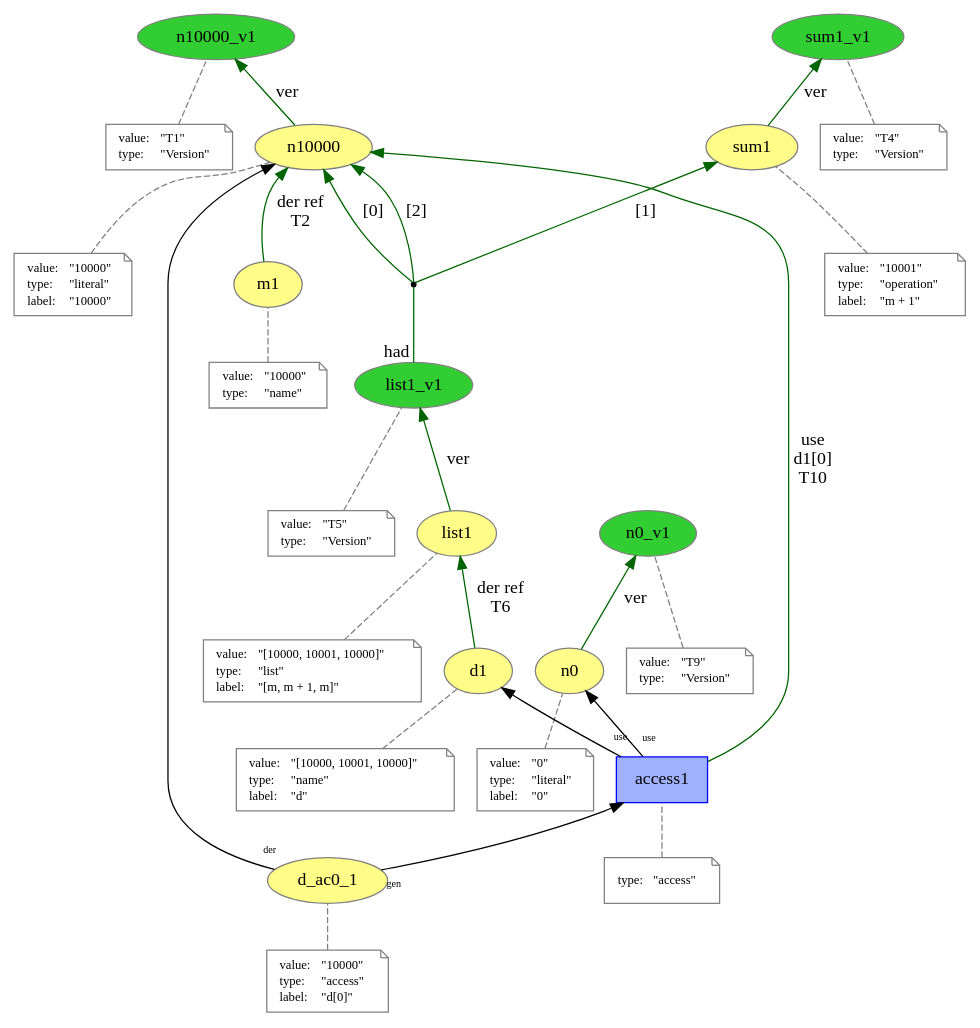
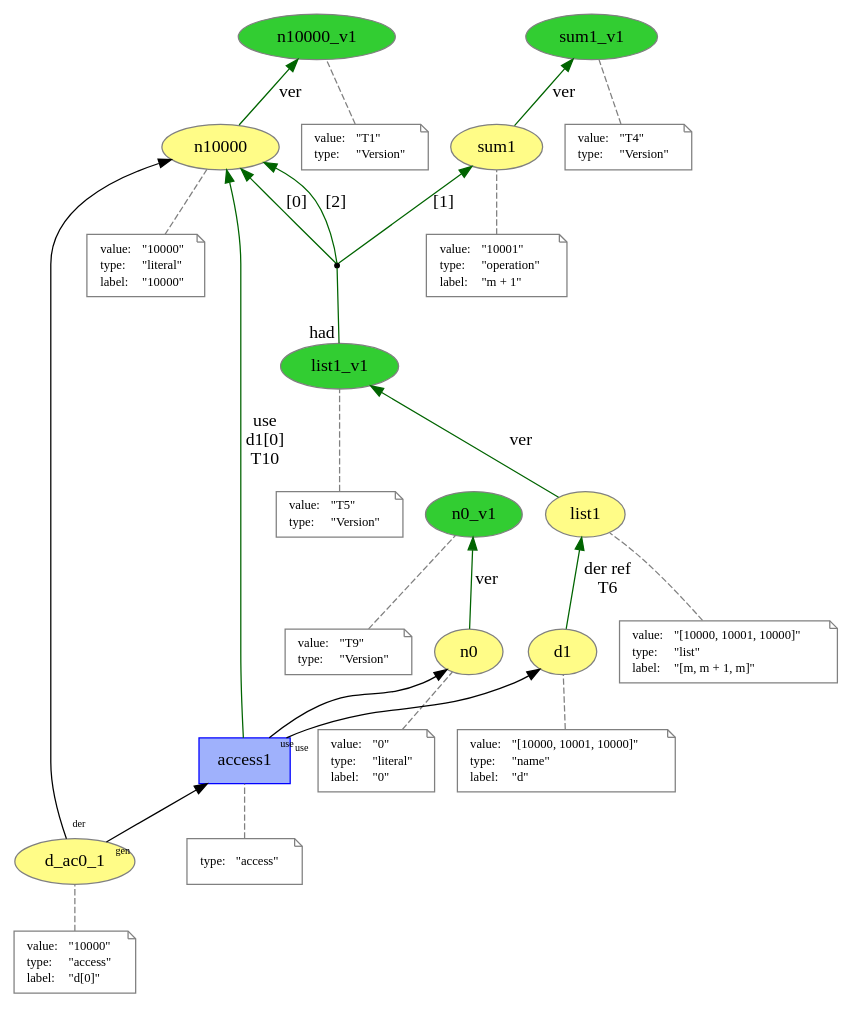
The diagram in explicit_versioned/access.dot (dew-uff/versioned-prov), drawn with Graphviz before and after one commit. The commit also changed 69 other files, not shown here.

```diff
--- a/explicit_versioned/access.dot
+++ b/explicit_versioned/access.dot
@@ -1,186 +1,172 @@
 digraph "PROV" { size="16,12"; rankdir="BT";
 "http://example.org/n10000" [fillcolor="#FFFC87",color="#808080",style="filled",label="n10000",URL="http://example.org/n10000"]
 "-attrs0" [color="gray",shape="note",fontsize="10",fontcolor="black",label=<<TABLE cellpadding="0" border="0">
 	<TR>
 	    <TD align="left">value:</TD>
 	    <TD align="left">&quot;10000&quot;</TD>
 	</TR>
 	<TR>
 	    <TD align="left">type:</TD>
 	    <TD align="left">&quot;literal&quot;</TD>
 	</TR>
 	<TR>
 	    <TD align="left">label:</TD>
 	    <TD align="left">&quot;10000&quot;</TD>
 	</TR>
 </TABLE>>]
 "-attrs0" -> "http://example.org/n10000" [color="gray",style="dashed",arrowhead="none"]
 "http://example.org/n10000_v1" [fillcolor="#32CD32",color="#808080",style="filled",label="n10000_v1",URL="http://example.org/n10000_v1"]
 "-attrs1" [color="gray",shape="note",fontsize="10",fontcolor="black",label=<<TABLE cellpadding="0" border="0">
 	<TR>
 	    <TD align="left">value:</TD>
 	    <TD align="left">&quot;T1&quot;</TD>
 	</TR>
 	<TR>
 	    <TD align="left">type:</TD>
 	    <TD align="left">&quot;Version&quot;</TD>
 	</TR>
 </TABLE>>]
 "-attrs1" -> "http://example.org/n10000_v1" [color="gray",style="dashed",arrowhead="none"]
 "http://example.org/n10000" -> "http://example.org/n10000_v1" [labelfontsize="8",labeldistance="1.5",color="darkgreen",labelangle="60.0",rotation="20",label="ver"]
-"http://example.org/m1" [fillcolor="#FFFC87",color="#808080",style="filled",label="m1",URL="http://example.org/m1"]
+"http://example.org/sum1" [fillcolor="#FFFC87",color="#808080",style="filled",label="sum1",URL="http://example.org/sum1"]
 "-attrs2" [color="gray",shape="note",fontsize="10",fontcolor="black",label=<<TABLE cellpadding="0" border="0">
-	<TR>
-	    <TD align="left">value:</TD>
-	    <TD align="left">&quot;10000&quot;</TD>
-	</TR>
-	<TR>
-	    <TD align="left">type:</TD>
-	    <TD align="left">&quot;name&quot;</TD>
-	</TR>
-</TABLE>>]
-"-attrs2" -> "http://example.org/m1" [color="gray",style="dashed",arrowhead="none"]
-"http://example.org/m1" -> "http://example.org/n10000" [labelfontsize="8",labeldistance="1.5",color="darkgreen",labelangle="60.0",rotation="20",label="der ref
-T2"]
-"http://example.org/sum1" [fillcolor="#FFFC87",color="#808080",style="filled",label="sum1",URL="http://example.org/sum1"]
-"-attrs3" [color="gray",shape="note",fontsize="10",fontcolor="black",label=<<TABLE cellpadding="0" border="0">
 	<TR>
 	    <TD align="left">value:</TD>
 	    <TD align="left">&quot;10001&quot;</TD>
 	</TR>
 	<TR>
 	    <TD align="left">type:</TD>
 	    <TD align="left">&quot;operation&quot;</TD>
 	</TR>
 	<TR>
 	    <TD align="left">label:</TD>
 	    <TD align="left">&quot;m + 1&quot;</TD>
 	</TR>
 </TABLE>>]
-"-attrs3" -> "http://example.org/sum1" [color="gray",style="dashed",arrowhead="none"]
+"-attrs2" -> "http://example.org/sum1" [color="gray",style="dashed",arrowhead="none"]
 "http://example.org/sum1_v1" [fillcolor="#32CD32",color="#808080",style="filled",label="sum1_v1",URL="http://example.org/sum1_v1"]
-"-attrs4" [color="gray",shape="note",fontsize="10",fontcolor="black",label=<<TABLE cellpadding="0" border="0">
+"-attrs3" [color="gray",shape="note",fontsize="10",fontcolor="black",label=<<TABLE cellpadding="0" border="0">
 	<TR>
 	    <TD align="left">value:</TD>
 	    <TD align="left">&quot;T4&quot;</TD>
 	</TR>
 	<TR>
 	    <TD align="left">type:</TD>
 	    <TD align="left">&quot;Version&quot;</TD>
 	</TR>
 </TABLE>>]
-"-attrs4" -> "http://example.org/sum1_v1" [color="gray",style="dashed",arrowhead="none"]
+"-attrs3" -> "http://example.org/sum1_v1" [color="gray",style="dashed",arrowhead="none"]
 "http://example.org/sum1" -> "http://example.org/sum1_v1" [labelfontsize="8",labeldistance="1.5",color="darkgreen",labelangle="60.0",rotation="20",label="ver"]
 "http://example.org/list1" [fillcolor="#FFFC87",color="#808080",style="filled",label="list1",URL="http://example.org/list1"]
-"-attrs5" [color="gray",shape="note",fontsize="10",fontcolor="black",label=<<TABLE cellpadding="0" border="0">
+"-attrs4" [color="gray",shape="note",fontsize="10",fontcolor="black",label=<<TABLE cellpadding="0" border="0">
 	<TR>
 	    <TD align="left">value:</TD>
 	    <TD align="left">&quot;[10000, 10001, 10000]&quot;</TD>
 	</TR>
 	<TR>
 	    <TD align="left">type:</TD>
 	    <TD align="left">&quot;list&quot;</TD>
 	</TR>
 	<TR>
 	    <TD align="left">label:</TD>
 	    <TD align="left">&quot;[m, m + 1, m]&quot;</TD>
 	</TR>
 </TABLE>>]
-"-attrs5" -> "http://example.org/list1" [color="gray",style="dashed",arrowhead="none"]
+"-attrs4" -> "http://example.org/list1" [color="gray",style="dashed",arrowhead="none"]
 "http://example.org/list1_v1" [fillcolor="#32CD32",color="#808080",style="filled",label="list1_v1",URL="http://example.org/list1_v1"]
-"-attrs6" [color="gray",shape="note",fontsize="10",fontcolor="black",label=<<TABLE cellpadding="0" border="0">
+"-attrs5" [color="gray",shape="note",fontsize="10",fontcolor="black",label=<<TABLE cellpadding="0" border="0">
 	<TR>
 	    <TD align="left">value:</TD>
 	    <TD align="left">&quot;T5&quot;</TD>
 	</TR>
 	<TR>
 	    <TD align="left">type:</TD>
 	    <TD align="left">&quot;Version&quot;</TD>
 	</TR>
 </TABLE>>]
-"-attrs6" -> "http://example.org/list1_v1" [color="gray",style="dashed",arrowhead="none"]
+"-attrs5" -> "http://example.org/list1_v1" [color="gray",style="dashed",arrowhead="none"]
 "http://example.org/list1" -> "http://example.org/list1_v1" [labelfontsize="8",labeldistance="1.5",color="darkgreen",labelangle="60.0",rotation="20",label="ver"]
 "bn0" [shape="point",label=""]
 "http://example.org/list1_v1" -> "bn0" [arrowhead="none",taillabel="had",color="darkgreen"]
 "bn0" -> "http://example.org/n10000" [labelfontsize="8",labeldistance="1.5",color="darkgreen",labelangle="60.0",rotation="20",label="[0]"]
 "bn0" -> "http://example.org/sum1" [labelfontsize="8",labeldistance="1.5",color="darkgreen",labelangle="60.0",rotation="20",label="[1]"]
 "bn0" -> "http://example.org/n10000" [labelfontsize="8",labeldistance="1.5",color="darkgreen",labelangle="60.0",rotation="20",label="[2]"]
 "http://example.org/d1" [fillcolor="#FFFC87",color="#808080",style="filled",label="d1",URL="http://example.org/d1"]
-"-attrs7" [color="gray",shape="note",fontsize="10",fontcolor="black",label=<<TABLE cellpadding="0" border="0">
+"-attrs6" [color="gray",shape="note",fontsize="10",fontcolor="black",label=<<TABLE cellpadding="0" border="0">
 	<TR>
 	    <TD align="left">value:</TD>
 	    <TD align="left">&quot;[10000, 10001, 10000]&quot;</TD>
 	</TR>
 	<TR>
 	    <TD align="left">type:</TD>
 	    <TD align="left">&quot;name&quot;</TD>
 	</TR>
 	<TR>
 	    <TD align="left">label:</TD>
 	    <TD align="left">&quot;d&quot;</TD>
 	</TR>
 </TABLE>>]
-"-attrs7" -> "http://example.org/d1" [color="gray",style="dashed",arrowhead="none"]
+"-attrs6" -> "http://example.org/d1" [color="gray",style="dashed",arrowhead="none"]
 "http://example.org/d1" -> "http://example.org/list1" [labelfontsize="8",labeldistance="1.5",color="darkgreen",labelangle="60.0",rotation="20",label="der ref
 T6"]
 "http://example.org/n0" [fillcolor="#FFFC87",color="#808080",style="filled",label="n0",URL="http://example.org/n0"]
-"-attrs8" [color="gray",shape="note",fontsize="10",fontcolor="black",label=<<TABLE cellpadding="0" border="0">
+"-attrs7" [color="gray",shape="note",fontsize="10",fontcolor="black",label=<<TABLE cellpadding="0" border="0">
 	<TR>
 	    <TD align="left">value:</TD>
 	    <TD align="left">&quot;0&quot;</TD>
 	</TR>
 	<TR>
 	    <TD align="left">type:</TD>
 	    <TD align="left">&quot;literal&quot;</TD>
 	</TR>
 	<TR>
 	    <TD align="left">label:</TD>
 	    <TD align="left">&quot;0&quot;</TD>
 	</TR>
 </TABLE>>]
-"-attrs8" -> "http://example.org/n0" [color="gray",style="dashed",arrowhead="none"]
+"-attrs7" -> "http://example.org/n0" [color="gray",style="dashed",arrowhead="none"]
 "http://example.org/n0_v1" [fillcolor="#32CD32",color="#808080",style="filled",label="n0_v1",URL="http://example.org/n0_v1"]
-"-attrs9" [color="gray",shape="note",fontsize="10",fontcolor="black",label=<<TABLE cellpadding="0" border="0">
+"-attrs8" [color="gray",shape="note",fontsize="10",fontcolor="black",label=<<TABLE cellpadding="0" border="0">
 	<TR>
 	    <TD align="left">value:</TD>
 	    <TD align="left">&quot;T9&quot;</TD>
 	</TR>
 	<TR>
 	    <TD align="left">type:</TD>
 	    <TD align="left">&quot;Version&quot;</TD>
 	</TR>
 </TABLE>>]
-"-attrs9" -> "http://example.org/n0_v1" [color="gray",style="dashed",arrowhead="none"]
+"-attrs8" -> "http://example.org/n0_v1" [color="gray",style="dashed",arrowhead="none"]
 "http://example.org/n0" -> "http://example.org/n0_v1" [labelfontsize="8",labeldistance="1.5",color="darkgreen",labelangle="60.0",rotation="20",label="ver"]
 "http://example.org/d_ac0_1" [fillcolor="#FFFC87",color="#808080",style="filled",label="d_ac0_1",URL="http://example.org/d_ac0_1"]
-"-attrs10" [color="gray",shape="note",fontsize="10",fontcolor="black",label=<<TABLE cellpadding="0" border="0">
+"-attrs9" [color="gray",shape="note",fontsize="10",fontcolor="black",label=<<TABLE cellpadding="0" border="0">
 	<TR>
 	    <TD align="left">value:</TD>
 	    <TD align="left">&quot;10000&quot;</TD>
 	</TR>
 	<TR>
 	    <TD align="left">type:</TD>
 	    <TD align="left">&quot;access&quot;</TD>
 	</TR>
 	<TR>
 	    <TD align="left">label:</TD>
 	    <TD align="left">&quot;d[0]&quot;</TD>
 	</TR>
 </TABLE>>]
-"-attrs10" -> "http://example.org/d_ac0_1" [color="gray",style="dashed",arrowhead="none"]
+"-attrs9" -> "http://example.org/d_ac0_1" [color="gray",style="dashed",arrowhead="none"]
 "http://example.org/access1" [fillcolor="#9FB1FC",color="#0000FF",shape="polygon",sides="4",style="filled",label="access1",URL="http://example.org/access1"]
-"-attrs11" [color="gray",shape="note",fontsize="10",fontcolor="black",label=<<TABLE cellpadding="0" border="0">
+"-attrs10" [color="gray",shape="note",fontsize="10",fontcolor="black",label=<<TABLE cellpadding="0" border="0">
 	<TR>
 	    <TD align="left">type:</TD>
 	    <TD align="left">&quot;access&quot;</TD>
 	</TR>
 </TABLE>>]
-"-attrs11" -> "http://example.org/access1" [color="gray",style="dashed",arrowhead="none"]
+"-attrs10" -> "http://example.org/access1" [color="gray",style="dashed",arrowhead="none"]
 "http://example.org/access1" -> "http://example.org/d1" [labelfontsize="8",labeldistance="1.5",labelangle="60.0",rotation="20",taillabel="use"]
 "http://example.org/access1" -> "http://example.org/n0" [labelfontsize="8",labeldistance="1.5",labelangle="60.0",rotation="20",taillabel="use"]
 "http://example.org/access1" -> "http://example.org/n10000" [labelfontsize="8",labeldistance="1.5",color="darkgreen",labelangle="60.0",rotation="20",label="use
 d1[0]
 T10"]
 "http://example.org/d_ac0_1" -> "http://example.org/access1" [labelfontsize="8",labeldistance="1.5",labelangle="60.0",rotation="20",taillabel="gen"]
 "http://example.org/d_ac0_1" -> "http://example.org/n10000" [labelfontsize="8",labeldistance="1.5",labelangle="60.0",rotation="20",taillabel="der"]
 }
```
